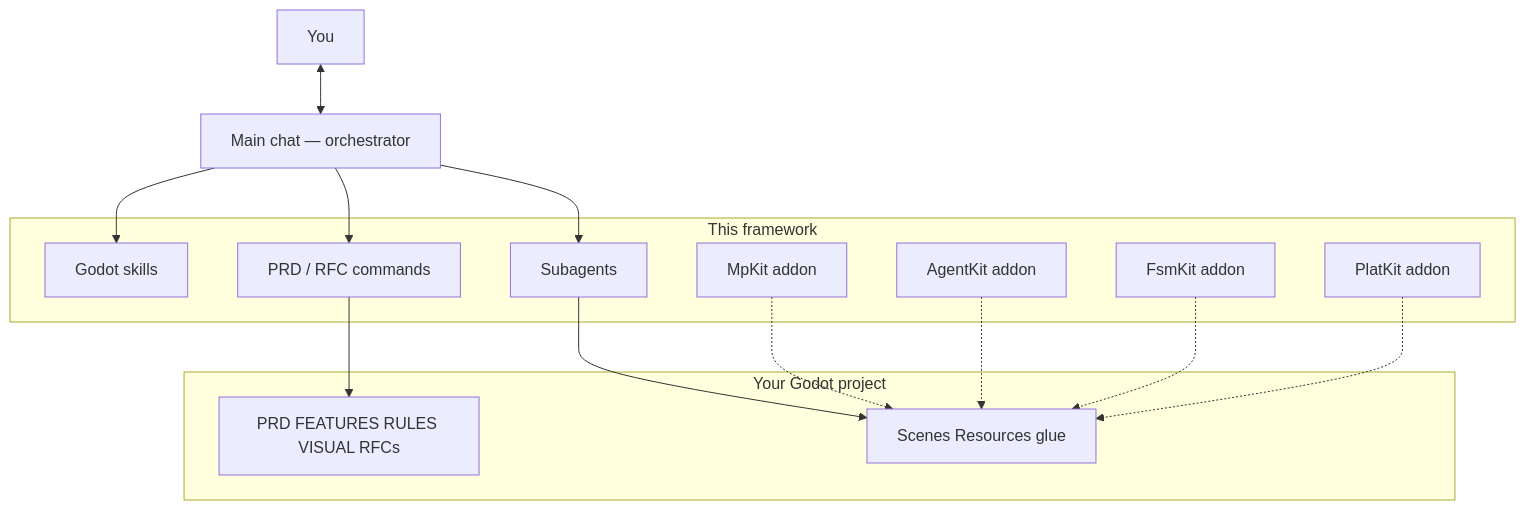
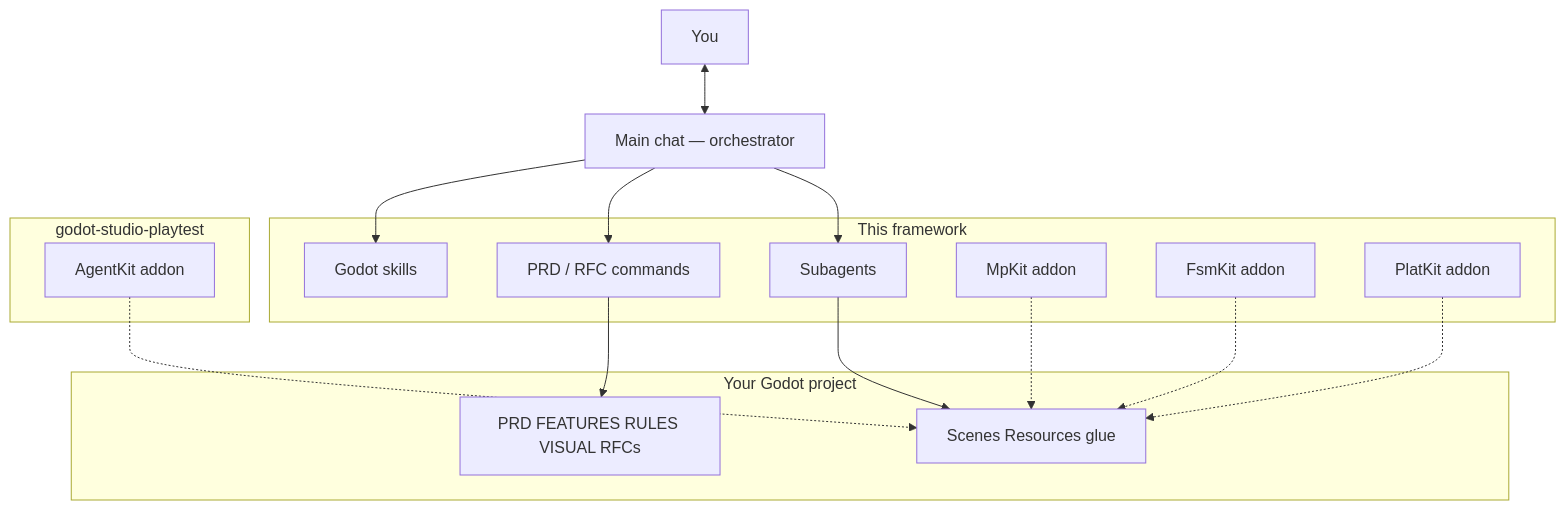
Before and after one commit to Joelnicolass/godot-studio-skills: the first of 4 diagrams in README.md, drawn with Mermaid. The commit also changed other lines of this file and 91 other files, not shown here.

Commit message:
Port AgentKit install to godot-studio-playtest so this kit no longer vendors it.

````diff
--- a/README.md
+++ b/README.md
@@ -43,32 +43,35 @@
 ```mermaid
 flowchart TB
   you[You]
   orch[Main chat — orchestrator]
 
   you <--> orch
 
   subgraph kit [This framework]
     skills[Godot skills]
     cmds[PRD / RFC commands]
     agents[Subagents]
     mpkit[MpKit addon]
-    agentkit[AgentKit addon]
     fsmkit[FsmKit addon]
     platkit[PlatKit addon]
+  end
+
+  subgraph playtest [godot-studio-playtest]
+    agentkit[AgentKit addon]
   end
 
   subgraph game [Your Godot project]
     arts[PRD FEATURES RULES VISUAL RFCs]
     code[Scenes Resources glue]
   end
 
   orch --> skills
   orch --> cmds
   cmds --> arts
   orch --> agents
   agents --> code
   mpkit -.-> code
   agentkit -.-> code
   fsmkit -.-> code
   platkit -.-> code
 ```
````
